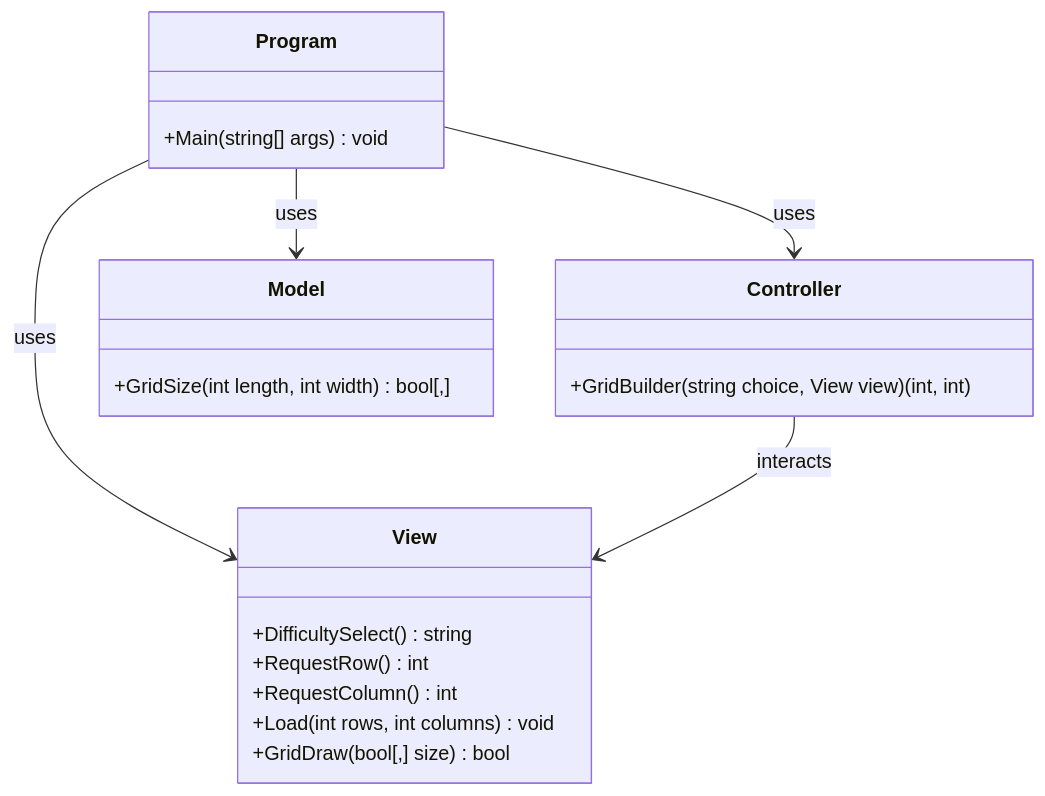
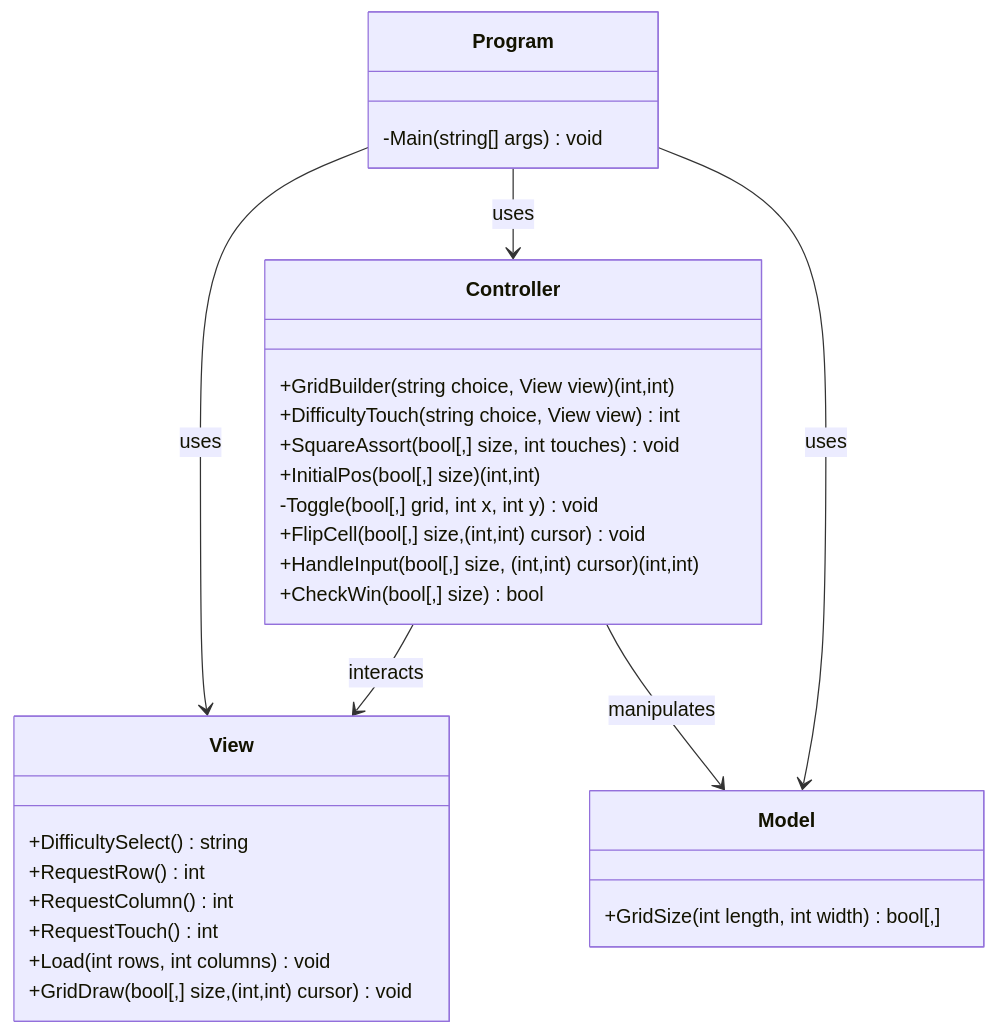
Before and after one commit to MiguelMartins25/blackout-lc-22504050: the diagram in README.md, drawn with Mermaid. The commit also changed other lines of this file, not shown here.

````diff
--- a/README.md
+++ b/README.md
@@ -65,29 +101,38 @@
 ```mermaid
 classDiagram
 
 class Program {
-    +Main(string[] args) void
+    -Main(string[] args) void
 }
 
 class View {
     +DifficultySelect() string
     +RequestRow() int
     +RequestColumn() int
+    +RequestTouch() int
     +Load(int rows, int columns) void
-    +GridDraw(bool[,] size) bool
-}
-
-class Controller {
-    +GridBuilder(string choice, View view) (int, int)
+    +GridDraw(bool[,] size, (int,int) cursor) void
 }
 
 class Model {
     +GridSize(int length, int width) bool[,]
+}
+
+class Controller {
+    +GridBuilder(string choice, View view) (int,int)
+    +DifficultyTouch(string choice, View view) int
+    +SquareAssort(bool[,] size, int touches) void
+    +InitialPos(bool[,] size) (int,int)
+    -Toggle(bool[,] grid, int x, int y) void
+    +FlipCell(bool[,] size, (int,int) cursor) void
+    +HandleInput(bool[,] size, (int,int) cursor) (int,int)
+    +CheckWin(bool[,] size) bool
 }
 
 Program --> View : uses
 Program --> Controller : uses
 Program --> Model : uses
 
 Controller --> View : interacts
+Controller --> Model : manipulates
 ```
````
